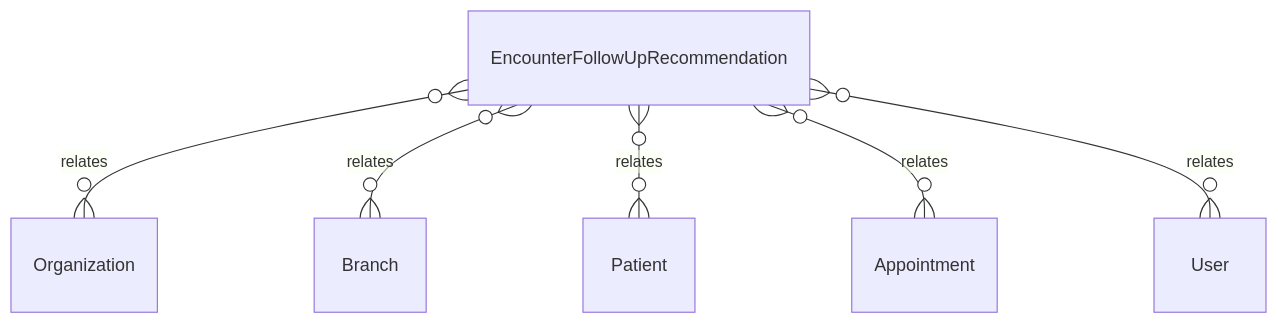
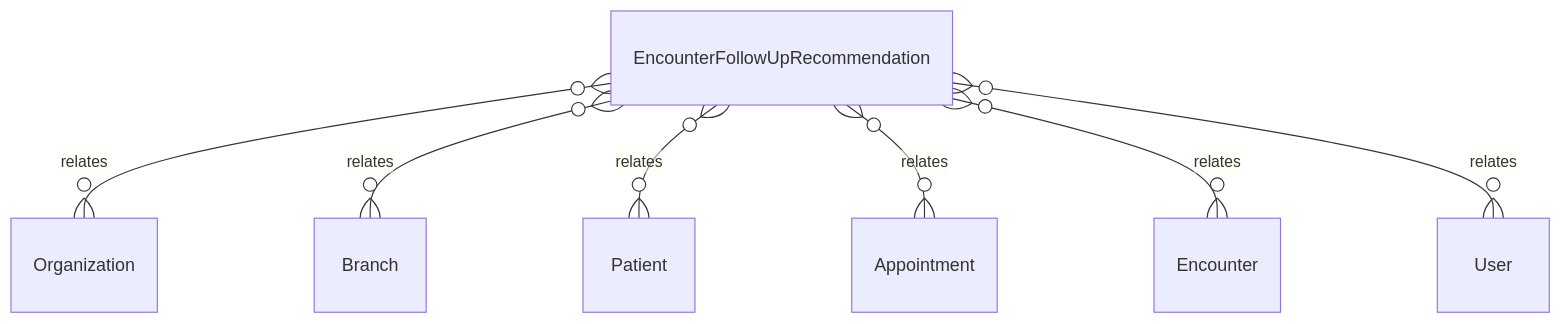
One commit to tejasnirala/rcln changed the diagram in .kb/Database/EncounterFollowUpRecommendation.md. Above: the diagram before and after it, drawn with Mermaid. The commit also changed other lines of this file and 102 other files, not shown here.

````diff
--- a/.kb/Database/EncounterFollowUpRecommendation.md
+++ b/.kb/Database/EncounterFollowUpRecommendation.md
@@ -59,8 +61,9 @@
 ```mermaid
 erDiagram
     EncounterFollowUpRecommendation }o--o{ Organization : relates
     EncounterFollowUpRecommendation }o--o{ Branch : relates
     EncounterFollowUpRecommendation }o--o{ Patient : relates
     EncounterFollowUpRecommendation }o--o{ Appointment : relates
+    EncounterFollowUpRecommendation }o--o{ Encounter : relates
     EncounterFollowUpRecommendation }o--o{ User : relates
 ```
````
